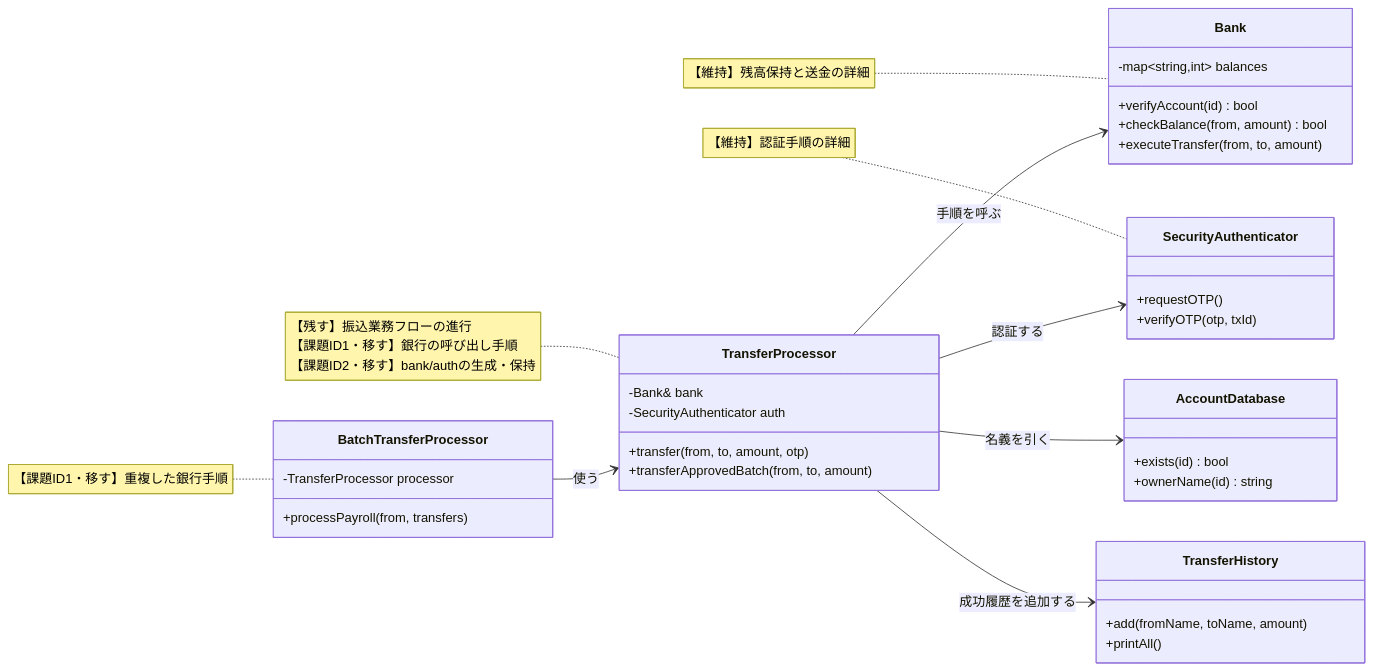
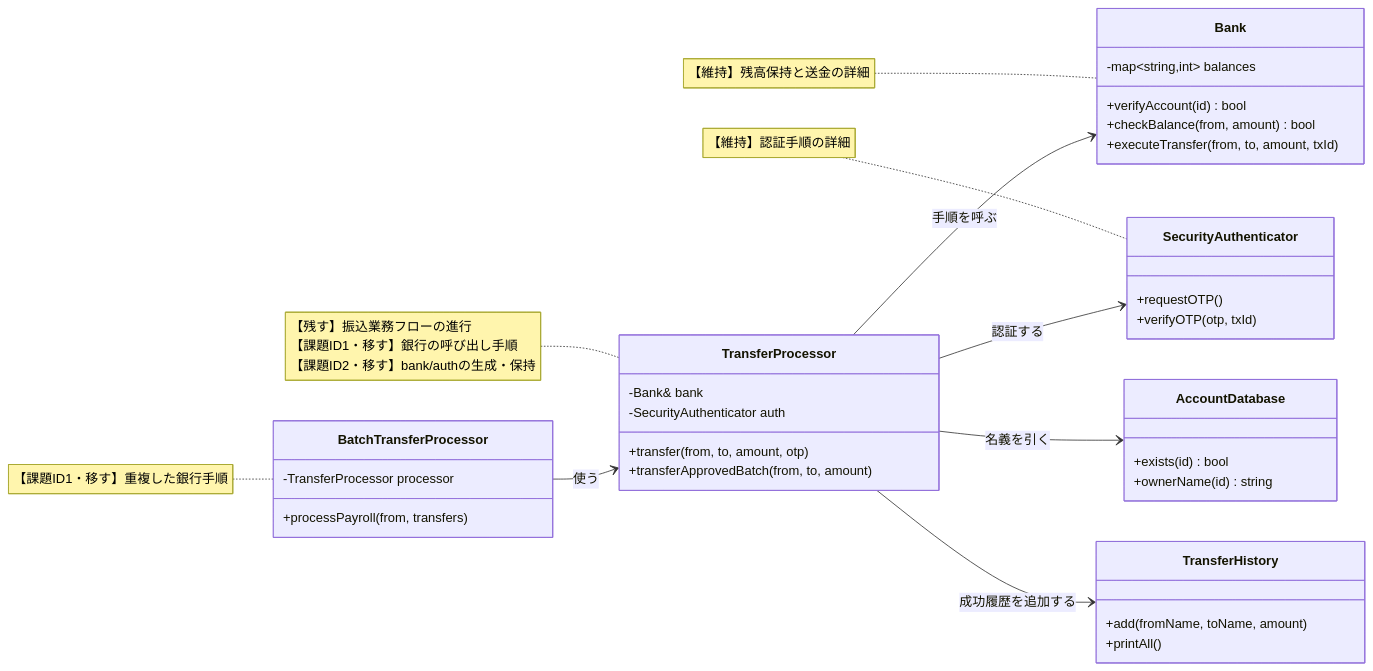
Before and after one commit to kumachan1101-pixel/DesignPattern: the ninth of 17 diagrams in kindle/design-patterns/output/chapter02.md, drawn with Mermaid. The commit also changed other lines of this file and 4 other files, not shown here.

````diff
--- a/kindle/design-patterns/output/chapter02.md
+++ b/kindle/design-patterns/output/chapter02.md
@@ -1317,46 +1319,46 @@
 ```mermaid
 classDiagram
     direction LR
     class BatchTransferProcessor {
         -TransferProcessor processor
         +processPayroll(from, transfers)
     }
     class TransferProcessor {
         -Bank& bank
         -SecurityAuthenticator auth
         +transfer(from, to, amount, otp)
         +transferApprovedBatch(from, to, amount)
     }
     class Bank {
         -map~string,int~ balances
         +verifyAccount(id) bool
         +checkBalance(from, amount) bool
-        +executeTransfer(from, to, amount)
+        +executeTransfer(from, to, amount, txId)
     }
     class SecurityAuthenticator {
         +requestOTP()
         +verifyOTP(otp, txId)
     }
     class AccountDatabase {
         +exists(id) bool
         +ownerName(id) string
     }
     class TransferHistory {
         +add(fromName, toName, amount)
         +printAll()
     }
 
     BatchTransferProcessor --> TransferProcessor : 使う
     TransferProcessor --> Bank : 手順を呼ぶ
     TransferProcessor --> SecurityAuthenticator : 認証する
     TransferProcessor --> AccountDatabase : 名義を引く
     TransferProcessor --> TransferHistory : 成功履歴を追加する
 
     note for TransferProcessor "【残す】振込業務フローの進行<br/>【課題ID1・移す】銀行の呼び出し手順<br/>【課題ID2・移す】bank/authの生成・保持"
     note for BatchTransferProcessor "【課題ID1・移す】重複した銀行手順"
     note for Bank "【維持】残高保持と送金の詳細"
     note for SecurityAuthenticator "【維持】認証手順の詳細"
 
     classDef focus fill:#FFF2CC,stroke:#D6B656,stroke-width:2px,color:#222222
     cssClass "TransferProcessor,BatchTransferProcessor" focus
 ```
````
